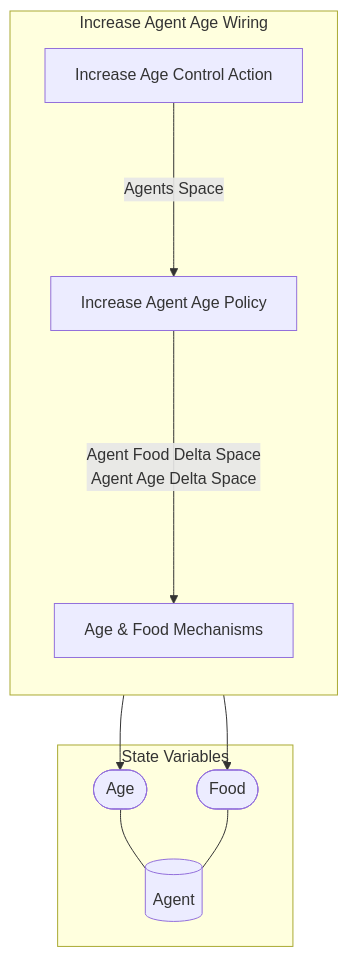
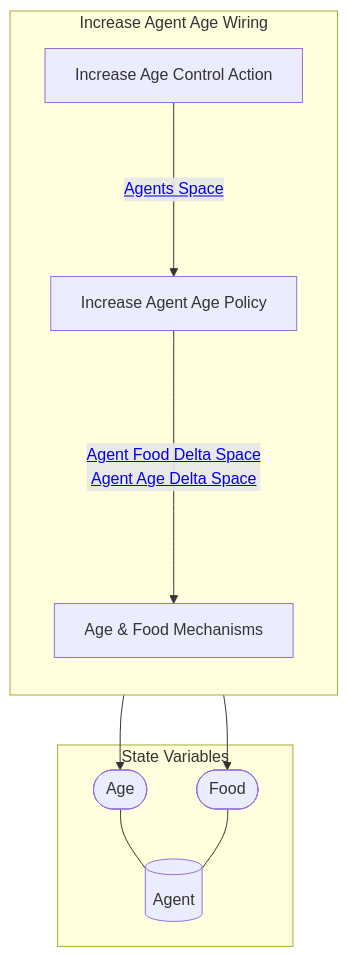
The first of 2 diagrams in reports/obsidian/Wiring/Increase Agent Age Wiring.md (BlockScience/Predator-Prey-MSML), drawn with Mermaid before and after one commit. The commit also changed other lines of this file and 48 other files, not shown here.

````diff
--- a/reports/obsidian/Wiring/Increase Agent Age Wiring.md
+++ b/reports/obsidian/Wiring/Increase Agent Age Wiring.md
@@ -4,28 +4,28 @@
 ```mermaid
 graph TB
 
 subgraph SVS["State Variables"]
 EE0[("Agent")]
 EES0(["Age"])
 EES0 --- EE0
 EES1(["Food"])
 EES1 --- EE0
 end
 
 subgraph X4["Increase Agent Age Wiring"]
 direction TB
 X1["Increase Age Control Action"]
 X2["Increase Agent Age Policy"]
 X3["Age & Food Mechanisms"]
 X3 --> EES0
 X3 --> EES1
-X1--"Agents Space"--->X2
-X2--"Agent Food Delta Space
-Agent Age Delta Space"---->X3
+X1--"<a href='Agents Space' class=internal-link>Agents Space</a>"--->X2
+X2--"<a href='Agent Food Delta Space' class=internal-link>Agent Food Delta Space</a>
+<a href='Agent Age Delta Space' class=internal-link>Agent Age Delta Space</a>"---->X3
 end
 class X1 internal-link;
 class X2 internal-link;
 class X3 internal-link;
 class EE0 internal-link;
 
 ```
````
